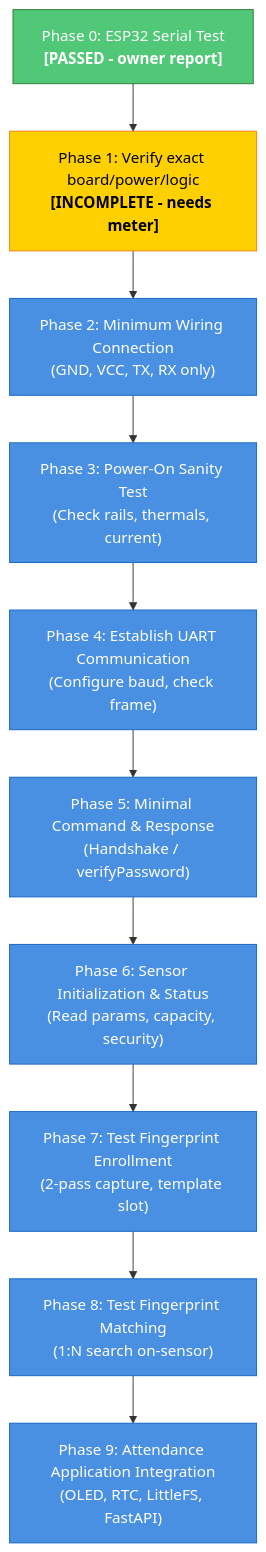
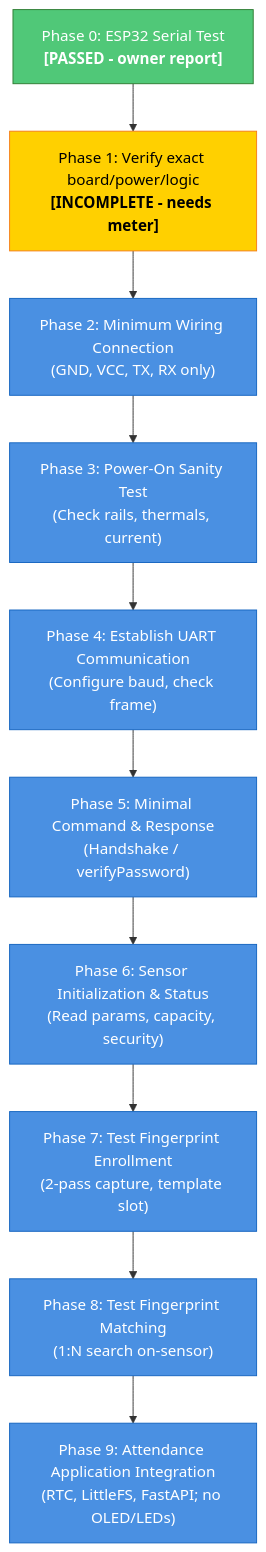
The diagram in docs/r307s-integration-plan.md (Wireshreck/biometric-attendance), drawn with Mermaid before and after one commit. The commit also changed other lines of this file and 39 other files, not shown here.

Commit message:
remove OLED and LEDs

````diff
--- a/docs/r307s-integration-plan.md
+++ b/docs/r307s-integration-plan.md
@@ -113,23 +113,23 @@
 ```mermaid
 flowchart TD
     P0["Phase 0: ESP32 Serial Test<br/><b>[PASSED - owner report]</b>"] --> P1["Phase 1: Verify exact board/power/logic<br/><b>[INCOMPLETE - needs meter]</b>"]
     P1 --> P2["Phase 2: Minimum Wiring Connection<br/>(GND, VCC, TX, RX only)"]
     P2 --> P3["Phase 3: Power-On Sanity Test<br/>(Check rails, thermals, current)"]
     P3 --> P4["Phase 4: Establish UART Communication<br/>(Configure baud, check frame)"]
     P4 --> P5["Phase 5: Minimal Command & Response<br/>(Handshake / verifyPassword)"]
     P5 --> P6["Phase 6: Sensor Initialization & Status<br/>(Read params, capacity, security)"]
     P6 --> P7["Phase 7: Test Fingerprint Enrollment<br/>(2-pass capture, template slot)"]
     P7 --> P8["Phase 8: Test Fingerprint Matching<br/>(1:N search on-sensor)"]
-    P8 --> P9["Phase 9: Attendance Application Integration<br/>(OLED, RTC, LittleFS, FastAPI)"]
+    P8 --> P9["Phase 9: Attendance Application Integration<br/>(RTC, LittleFS, FastAPI; no OLED/LEDs)"]
 
     style P0 fill:#50C878,stroke:#2E7D32,color:#FFFFFF
     style P1 fill:#FFD000,stroke:#F57F17,color:#000000
     style P2 fill:#4A90E2,stroke:#1565C0,color:#FFFFFF
     style P3 fill:#4A90E2,stroke:#1565C0,color:#FFFFFF
     style P4 fill:#4A90E2,stroke:#1565C0,color:#FFFFFF
     style P5 fill:#4A90E2,stroke:#1565C0,color:#FFFFFF
     style P6 fill:#4A90E2,stroke:#1565C0,color:#FFFFFF
     style P7 fill:#4A90E2,stroke:#1565C0,color:#FFFFFF
     style P8 fill:#4A90E2,stroke:#1565C0,color:#FFFFFF
     style P9 fill:#4A90E2,stroke:#1565C0,color:#FFFFFF
 ```
````
